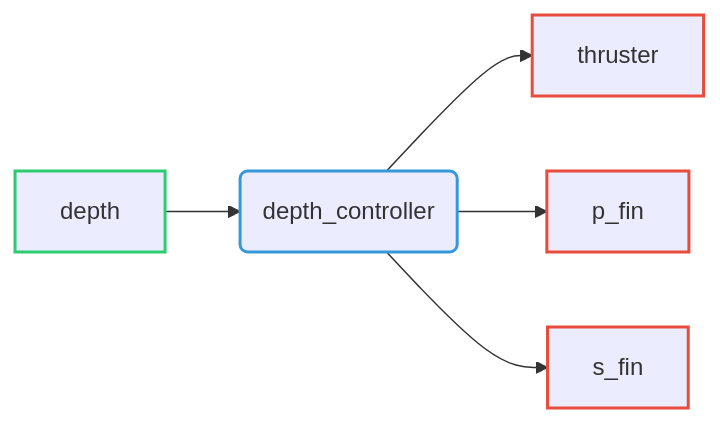
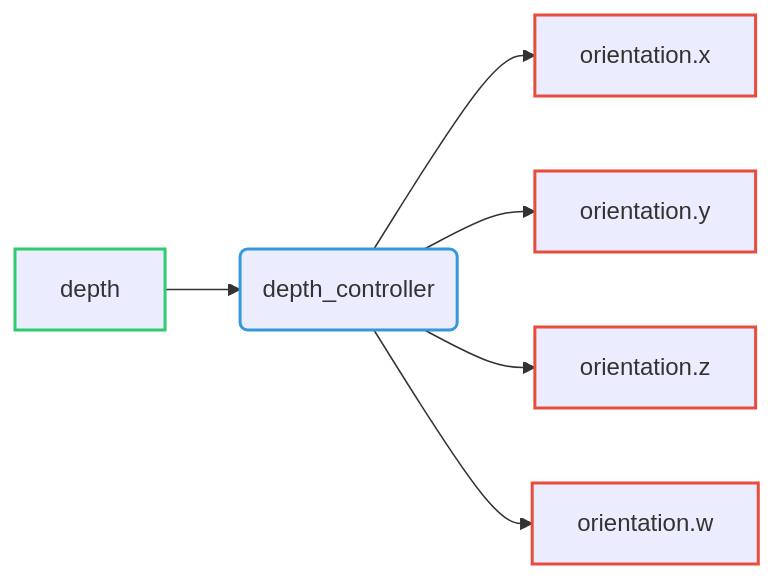
One commit to Riptide-team/riptide-team.github.io changed the diagram in docs/ros2control/controllers/depth_controller.md. Above: the diagram before and after it, drawn with Mermaid. The commit also changed other lines of this file and 5 other files, not shown here.

````diff
--- a/docs/ros2control/controllers/depth_controller.md
+++ b/docs/ros2control/controllers/depth_controller.md
@@ -5,10 +5,10 @@
 ```mermaid
 flowchart LR
-    s1[depth] --> c(depth_controller) --> c1[thruster] & c2[p_fin] & c3[s_fin]
+    s1[depth] --> c(depth_controller) --> c1[orientation.x] & c2[orientation.y] & c3[orientation.z] & c4[orientation.w]
     class s1 state;
-    class c1,c2,c3 command;
+    class c1,c2,c3,c4 command;
     class c controller;
     classDef state stroke:#2ecc71,stroke-width:2px;
     classDef controller stroke:#3498db,stroke-width:2px;
     classDef command stroke:#e74c3c,stroke-width:2px;
 ```
````
